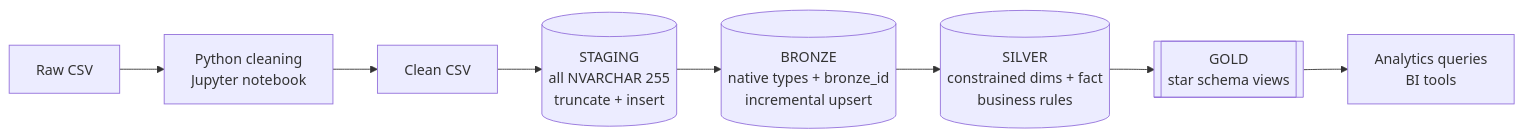
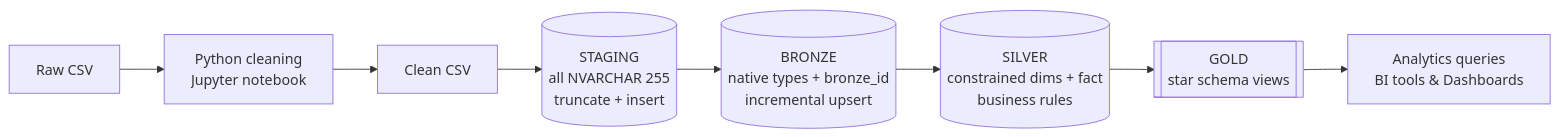
The first of 2 diagrams in README.md (mariamisaac-1802/sleep-debt-medallion-data-warehouse), drawn with Mermaid before and after one commit. The commit also changed other lines of this file and 16 other files, not shown here.

````diff
--- a/README.md
+++ b/README.md
@@ -44,10 +45,10 @@
 ```mermaid
 flowchart LR
     A[Raw CSV] --> B[Python cleaning<br/>Jupyter notebook]
     B --> C[Clean CSV]
     C --> D[(STAGING<br/>all NVARCHAR 255<br/>truncate + insert)]
     D --> E[(BRONZE<br/>native types + bronze_id<br/>incremental upsert)]
     E --> F[(SILVER<br/>constrained dims + fact<br/>business rules)]
     F --> G[[GOLD<br/>star schema views]]
-    G --> H[Analytics queries<br/>BI tools]
+    G --> H[Analytics queries<br/>BI tools & Dashboards]
 ```
````
